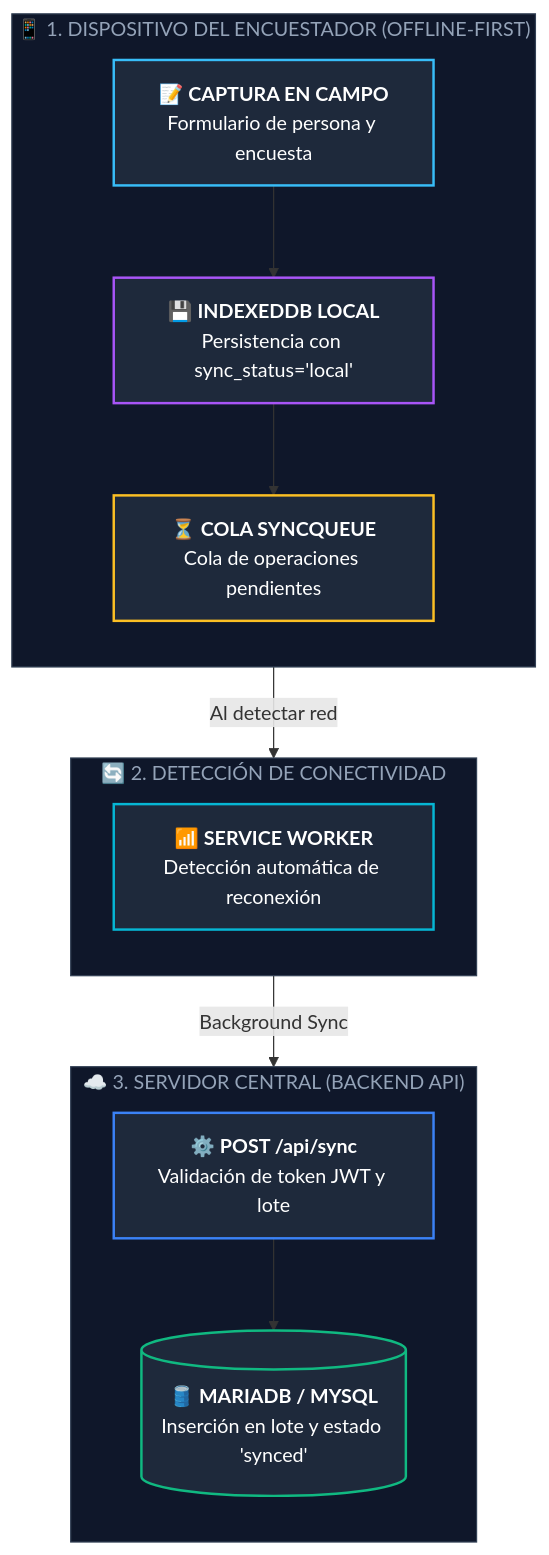
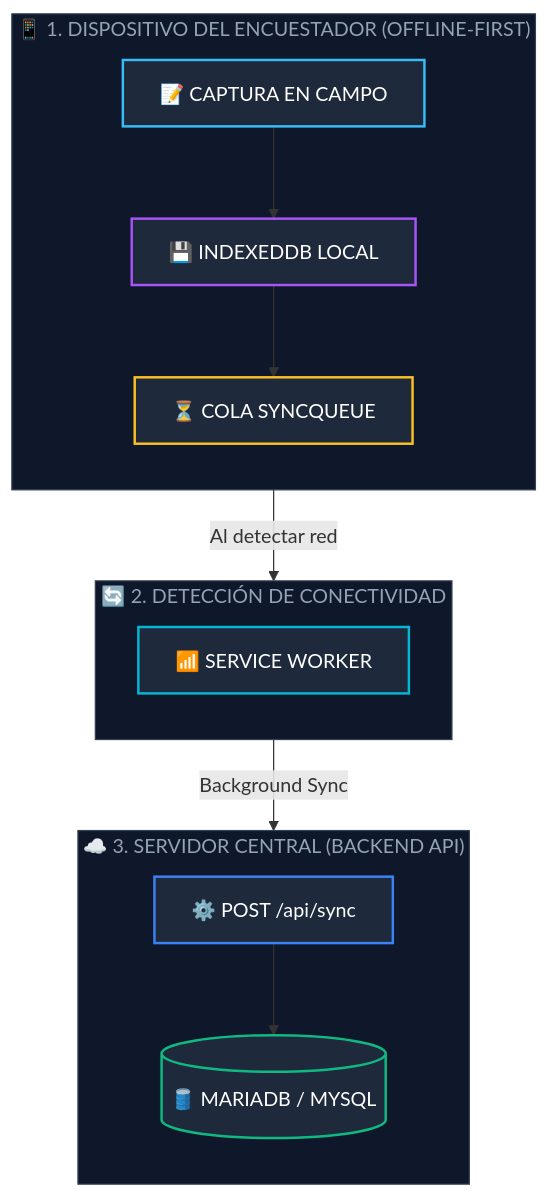
The diagram in docs/Especificacion_Requisitos.md (Santiago072/ModuloCRUD), drawn with Mermaid before and after one commit.

Commit message:
docs: limpiar etiquetas de nodos eliminando etiquetas HTML

````diff
--- a/docs/Especificacion_Requisitos.md
+++ b/docs/Especificacion_Requisitos.md
@@ -40,37 +40,37 @@
 ```mermaid
 graph TB
     subgraph CLIENTE["📱 1. DISPOSITIVO DEL ENCUESTADOR (OFFLINE-FIRST)"]
         direction TB
-        ACT["📝 <b>CAPTURA EN CAMPO</b><br>Formulario de persona y encuesta"]
-        IDB["💾 <b>INDEXEDDB LOCAL</b><br>Persistencia con sync_status='local'"]
-        QUEUE["⏳ <b>COLA SYNCQUEUE</b><br>Cola de operaciones pendientes"]
+        ACT["📝 CAPTURA EN CAMPO"]
+        IDB["💾 INDEXEDDB LOCAL"]
+        QUEUE["⏳ COLA SYNCQUEUE"]
 
         ACT --> IDB --> QUEUE
     end
 
     subgraph SYNC["🔄 2. DETECCIÓN DE CONECTIVIDAD"]
         direction TB
-        SW["📶 <b>SERVICE WORKER</b><br>Detección automática de reconexión"]
+        SW["📶 SERVICE WORKER"]
     end
 
     subgraph SERVER["☁️ 3. SERVIDOR CENTRAL (BACKEND API)"]
         direction TB
-        API["⚙️ <b>POST /api/sync</b><br>Validación de token JWT y lote"]
-        MYSQL[("🛢️ <b>MARIADB / MYSQL</b><br>Inserción en lote y estado 'synced'")]
+        API["⚙️ POST /api/sync"]
+        MYSQL[("🛢️ MARIADB / MYSQL")]
 
         API --> MYSQL
     end
 
     QUEUE -->|"Al detectar red"| SW
     SW -->|"Background Sync"| API
 
     style ACT fill:#1e293b,stroke:#38bdf8,stroke-width:2px,color:#ffffff
     style IDB fill:#1e293b,stroke:#a855f7,stroke-width:2px,color:#ffffff
     style QUEUE fill:#1e293b,stroke:#fbbf24,stroke-width:2px,color:#ffffff
     style SW fill:#1e293b,stroke:#06b6d4,stroke-width:2px,color:#ffffff
     style API fill:#1e293b,stroke:#3b82f6,stroke-width:2px,color:#ffffff
     style MYSQL fill:#1e293b,stroke:#10b981,stroke-width:2px,color:#ffffff
     style CLIENTE fill:#0f172a,stroke:#334155,stroke-width:1px,color:#94a3b8
     style SYNC fill:#0f172a,stroke:#334155,stroke-width:1px,color:#94a3b8
     style SERVER fill:#0f172a,stroke:#334155,stroke-width:1px,color:#94a3b8
 ```
````
